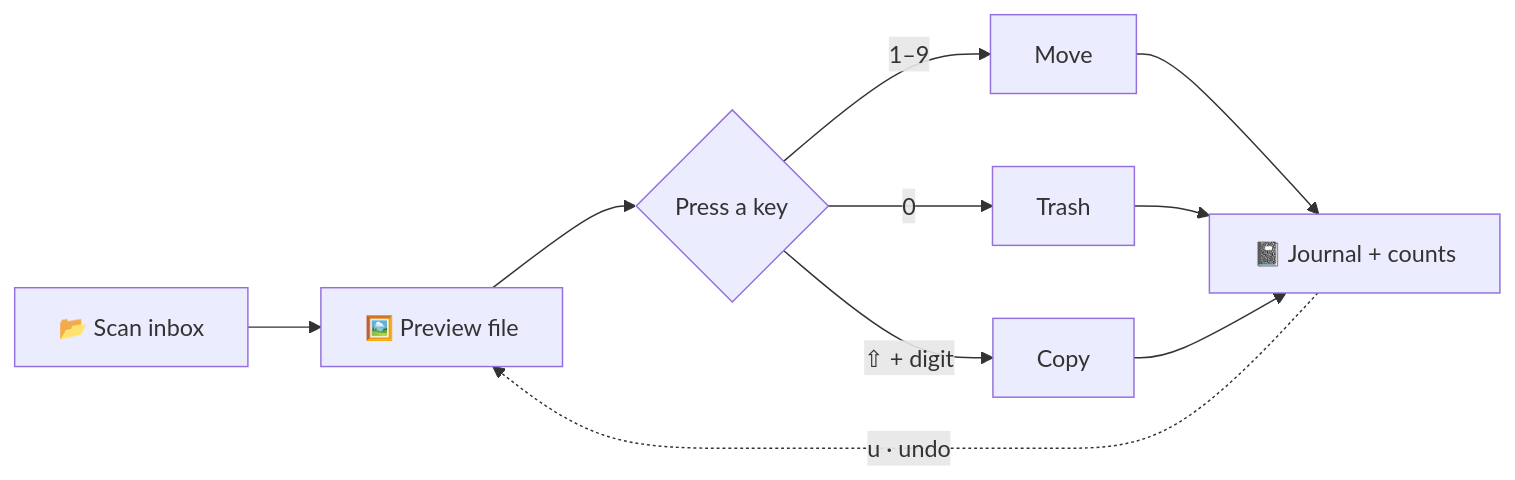
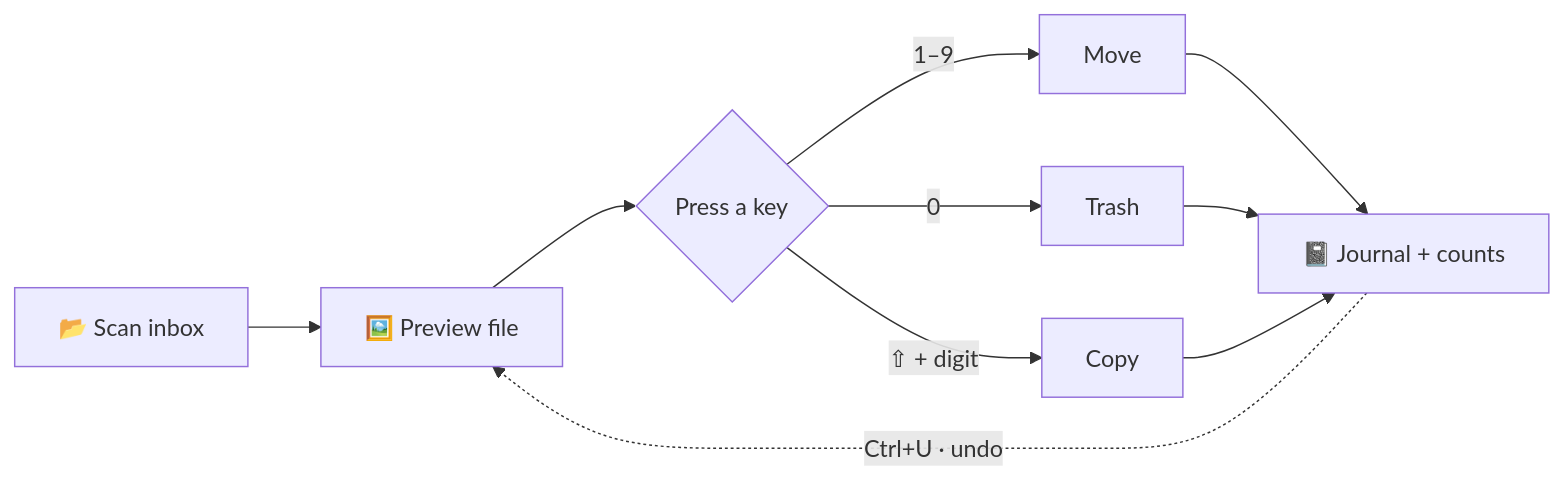
Before and after one commit to kpg-anon/comfysort: the diagram in README.md, drawn with Mermaid. The commit also changed other lines of this file and 6 other files, not shown here.

````diff
--- a/README.md
+++ b/README.md
@@ -70,12 +70,12 @@
 ```mermaid
 flowchart LR
     A["📂 Scan inbox"] --> B["🖼️ Preview file"]
     B --> C{"Press a key"}
     C -->|"1–9"| D["Move"]
     C -->|"0"| E["Trash"]
     C -->|"⇧ + digit"| F["Copy"]
     D --> G["📓 Journal + counts"]
     E --> G
     F --> G
-    G -.->|"u · undo"| B
+    G -.->|"Ctrl+U · undo"| B
 ```
````
